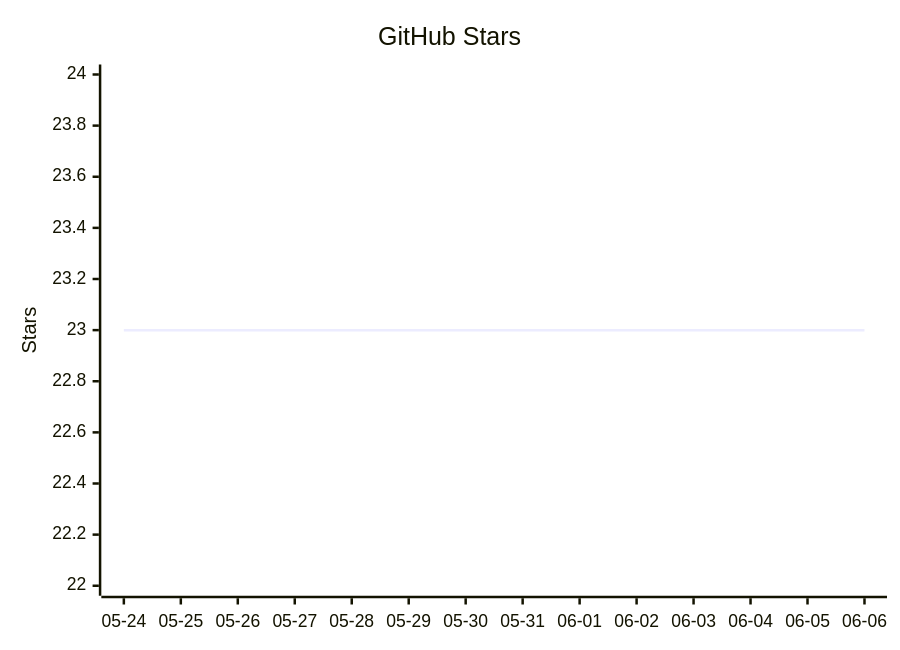
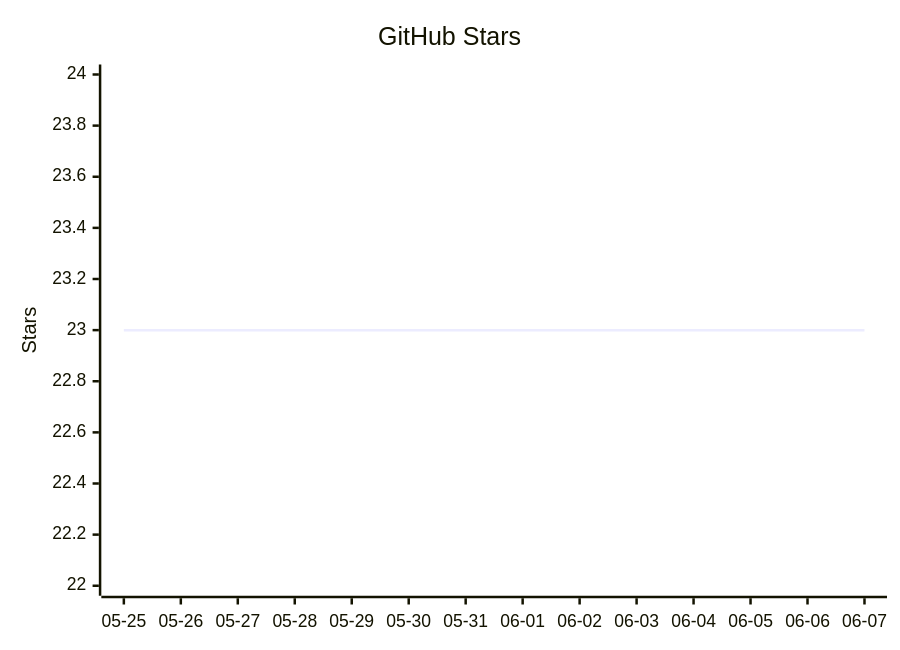
One commit to vectie/moonclaw changed the diagram in README.mbt.md. Above: the diagram before and after it, drawn with Mermaid. The commit also changed other lines of this file and 1 other file, not shown here.

Commit message:
Update README star growth

````diff
--- a/README.mbt.md
+++ b/README.mbt.md
@@ -490,7 +490,7 @@
 ```mermaid
 xychart-beta
     title "GitHub Stars"
-    x-axis ["05-24","05-25","05-26","05-27","05-28","05-29","05-30","05-31","06-01","06-02","06-03","06-04","06-05","06-06"]
+    x-axis ["05-25","05-26","05-27","05-28","05-29","05-30","05-31","06-01","06-02","06-03","06-04","06-05","06-06","06-07"]
     y-axis "Stars" 22 --> 24
     line [23,23,23,23,23,23,23,23,23,23,23,23,23,23]
 ```
````
